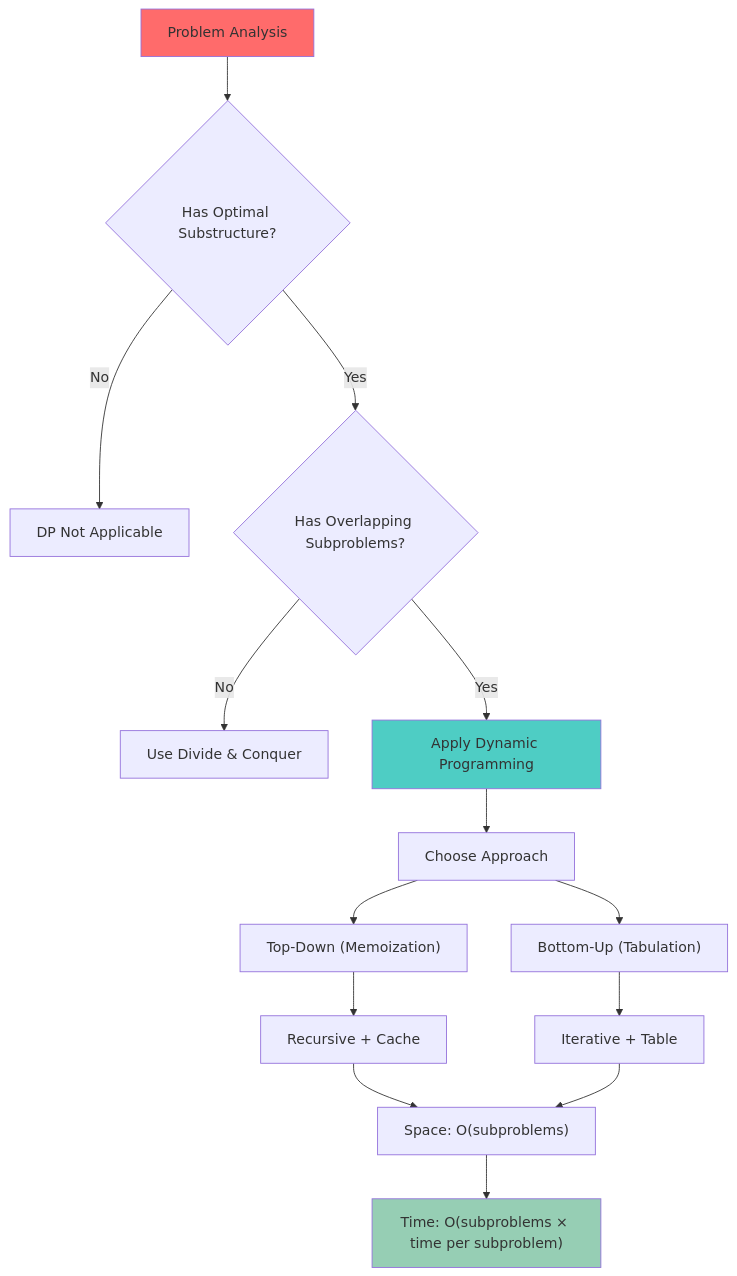
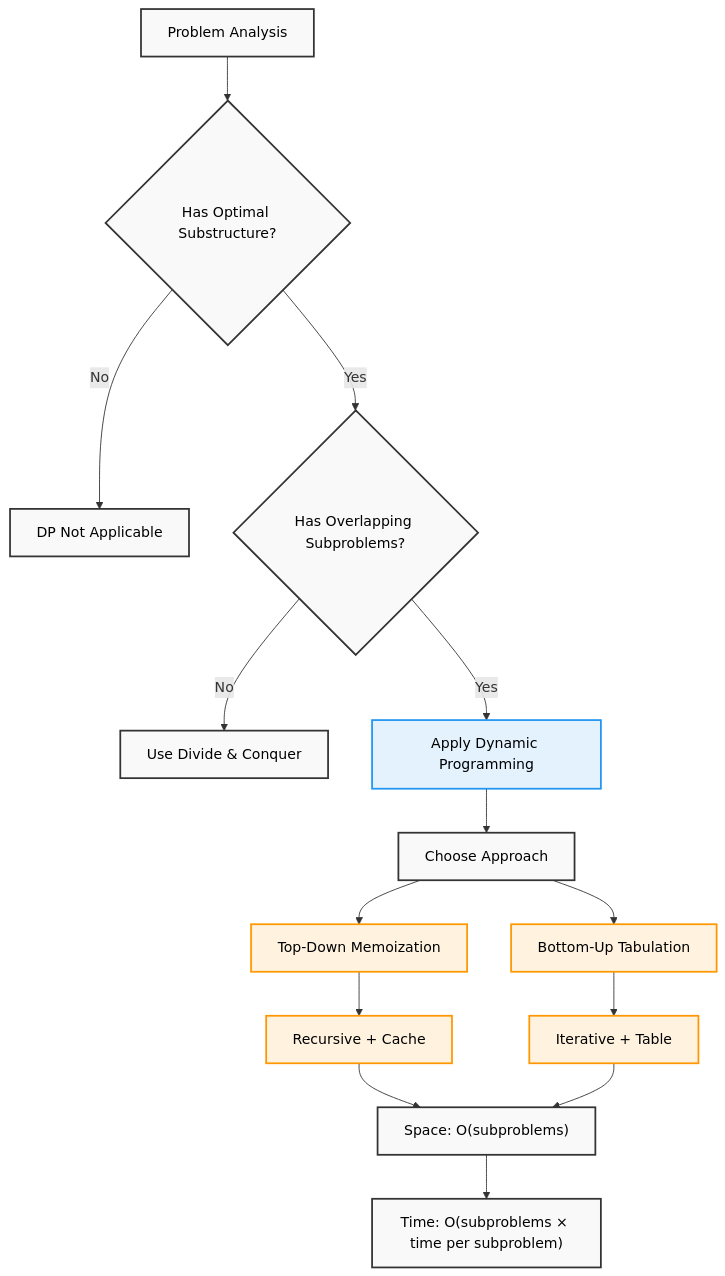
One commit to AbhishekGiri04/Algorithmics-Foundations changed the eighth of 17 diagrams in concepts/algorithm-design.md. Above: the diagram before and after it, drawn with Mermaid. The commit also changed other lines of this file, not shown here.

Commit message:
Complete algorithm design guide with professional diagrams and comprehensive coverage

````diff
--- a/concepts/algorithm-design.md
+++ b/concepts/algorithm-design.md
@@ -466,23 +394,25 @@
 ```mermaid
 flowchart TD
     A["Problem Analysis"] --> B{"Has Optimal Substructure?"}
     B -->|No| C["DP Not Applicable"]
     B -->|Yes| D{"Has Overlapping Subproblems?"}
     D -->|No| E["Use Divide & Conquer"]
     D -->|Yes| F["Apply Dynamic Programming"]
     
     F --> G["Choose Approach"]
-    G --> H["Top-Down (Memoization)"]
-    G --> I["Bottom-Up (Tabulation)"]
+    G --> H["Top-Down Memoization"]
+    G --> I["Bottom-Up Tabulation"]
     
     H --> J["Recursive + Cache"]
     I --> K["Iterative + Table"]
     
     J --> L["Space: O(subproblems)"]
     K --> L
     L --> M["Time: O(subproblems × time per subproblem)"]
     
-    style A fill:#ff6b6b
-    style F fill:#4ecdc4
-    style M fill:#96ceb4
+    classDef default fill:#f9f9f9,stroke:#333,stroke-width:2px,color:#000
+    classDef dp fill:#e3f2fd,stroke:#2196f3,stroke-width:2px,color:#000
+    classDef approach fill:#fff3e0,stroke:#ff9800,stroke-width:2px,color:#000
+    class F dp
+    class H,I,J,K approach
 ```
````
